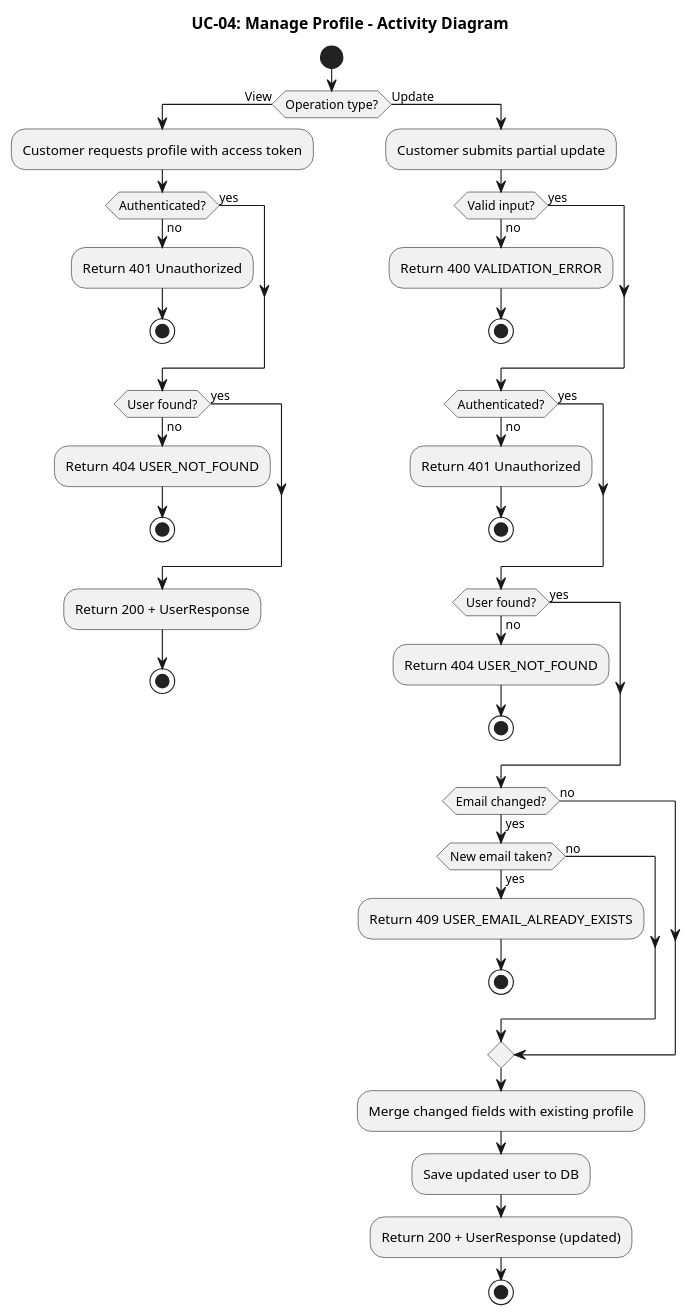
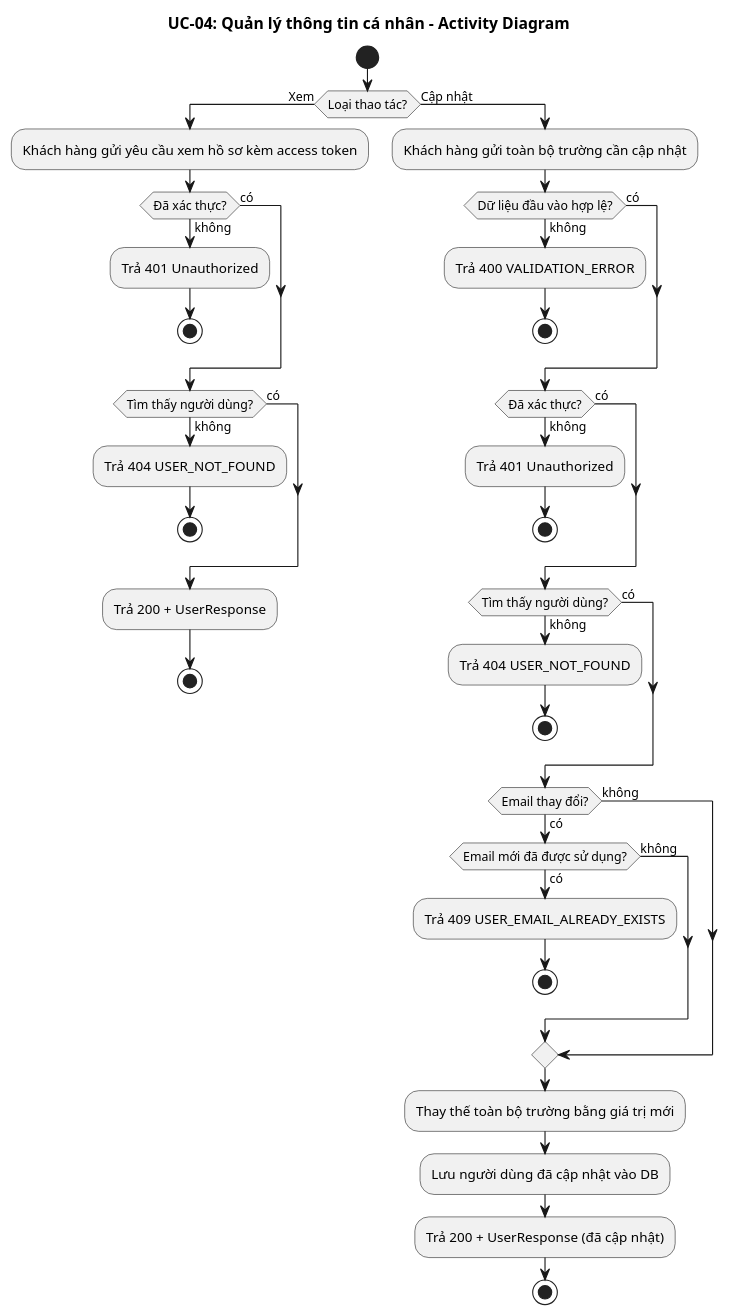
Before and after one commit to Phunguy65/train-ticket-booking-system-plus: the third of 7 diagrams in docs/usecases/UC-04-quan-ly-thong-tin-ca-nhan.md, drawn with PlantUML. The commit also changed other lines of this file and 14 other files, not shown here.

````diff
--- a/docs/usecases/UC-04-quan-ly-thong-tin-ca-nhan.md
+++ b/docs/usecases/UC-04-quan-ly-thong-tin-ca-nhan.md
@@ -58,54 +76,54 @@
 ```plantuml
 @startuml UC-04-activity
-title UC-04: Manage Profile - Activity Diagram
+title UC-04: Quản lý thông tin cá nhân - Activity Diagram
 
 start
 
-if (Operation type?) then (View)
-  :Customer requests profile with access token;
-  if (Authenticated?) then (no)
-    :Return 401 Unauthorized;
+if (Loại thao tác?) then (Xem)
+  :Khách hàng gửi yêu cầu xem hồ sơ kèm access token;
+  if (Đã xác thực?) then (không)
+    :Trả 401 Unauthorized;
     stop
-  else (yes)
+  else (có)
   endif
-  if (User found?) then (no)
-    :Return 404 USER_NOT_FOUND;
+  if (Tìm thấy người dùng?) then (không)
+    :Trả 404 USER_NOT_FOUND;
     stop
-  else (yes)
+  else (có)
   endif
-  :Return 200 + UserResponse;
+  :Trả 200 + UserResponse;
   stop
 
-else (Update)
-  :Customer submits partial update;
-  if (Valid input?) then (no)
-    :Return 400 VALIDATION_ERROR;
+else (Cập nhật)
+  :Khách hàng gửi toàn bộ trường cần cập nhật;
+  if (Dữ liệu đầu vào hợp lệ?) then (không)
+    :Trả 400 VALIDATION_ERROR;
     stop
-  else (yes)
+  else (có)
   endif
-  if (Authenticated?) then (no)
-    :Return 401 Unauthorized;
+  if (Đã xác thực?) then (không)
+    :Trả 401 Unauthorized;
     stop
-  else (yes)
+  else (có)
   endif
-  if (User found?) then (no)
-    :Return 404 USER_NOT_FOUND;
+  if (Tìm thấy người dùng?) then (không)
+    :Trả 404 USER_NOT_FOUND;
     stop
-  else (yes)
+  else (có)
   endif
-  if (Email changed?) then (yes)
-    if (New email taken?) then (yes)
-      :Return 409 USER_EMAIL_ALREADY_EXISTS;
+  if (Email thay đổi?) then (có)
+    if (Email mới đã được sử dụng?) then (có)
+      :Trả 409 USER_EMAIL_ALREADY_EXISTS;
       stop
-    else (no)
+    else (không)
     endif
-  else (no)
+  else (không)
   endif
-  :Merge changed fields with existing profile;
-  :Save updated user to DB;
-  :Return 200 + UserResponse (updated);
+  :Thay thế toàn bộ trường bằng giá trị mới;
+  :Lưu người dùng đã cập nhật vào DB;
+  :Trả 200 + UserResponse (đã cập nhật);
   stop
 endif
 
 @enduml
 ```
````
